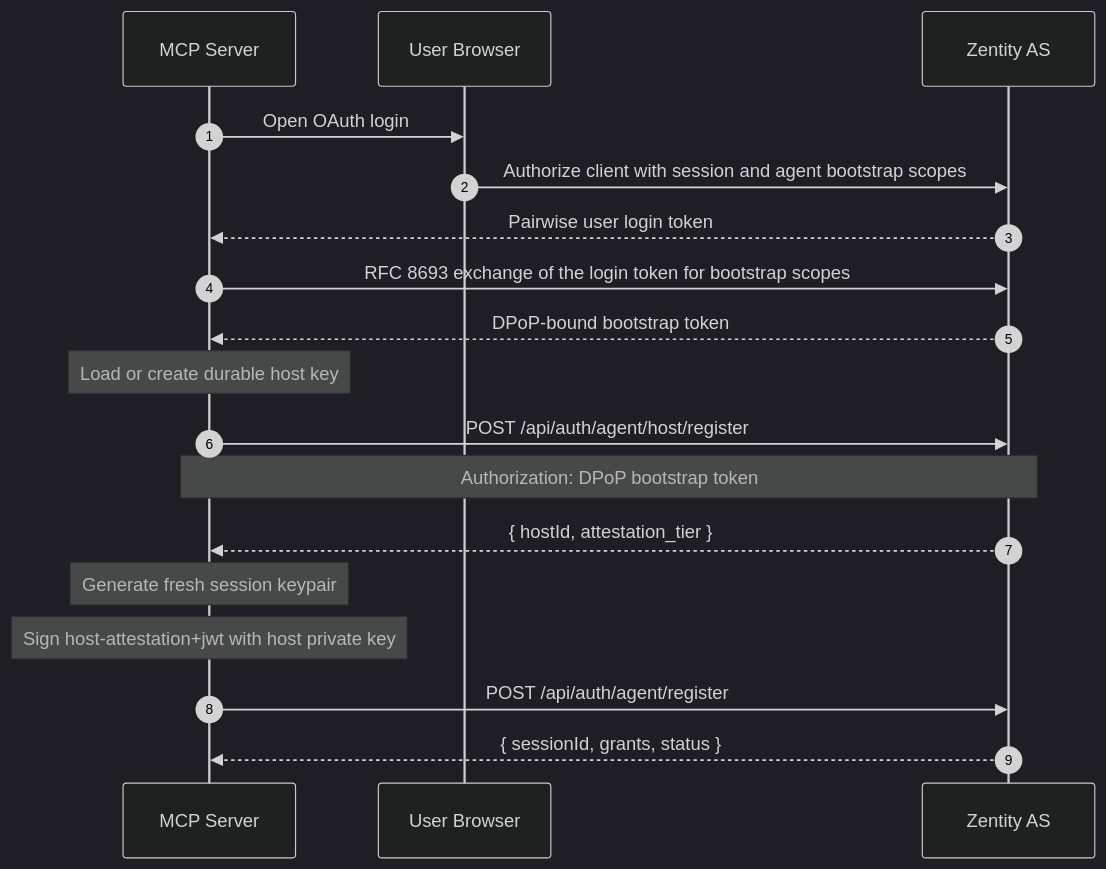
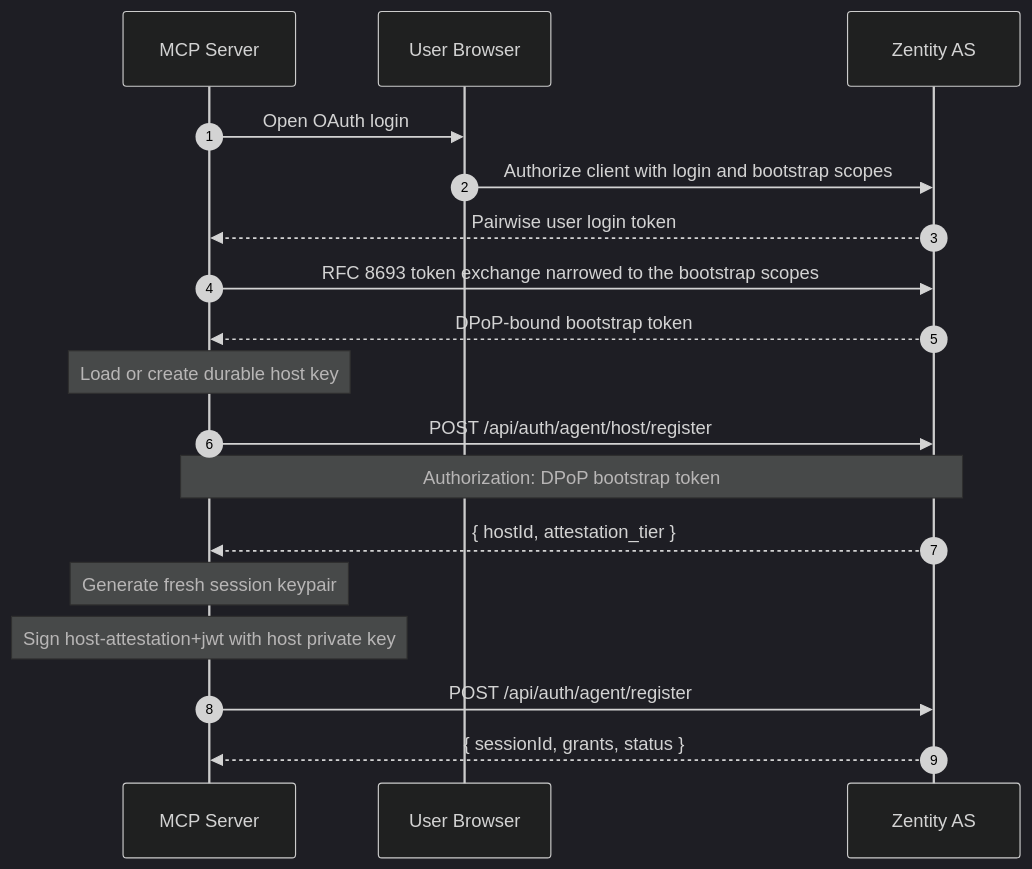
The second of 6 diagrams in docs/(architecture)/agent-architecture.md (gustavovalverde/zentity), drawn with Mermaid (dark theme) before and after one commit. The commit also changed other lines of this file and 98 other files, not shown here.

First line of the commit message:
feat(auth)!: make token exchange opaque and MCP HTTP confidential (#332)

````diff
--- a/docs/(architecture)/agent-architecture.md
+++ b/docs/(architecture)/agent-architecture.md
@@ -103,24 +103,24 @@
 ```mermaid
 sequenceDiagram
   autonumber
   participant MCP as MCP Server
   participant Browser as User Browser
   participant AS as Zentity AS
 
   MCP->>Browser: Open OAuth login
-  Browser->>AS: Authorize client with session and agent bootstrap scopes
+  Browser->>AS: Authorize client with login and bootstrap scopes
   AS-->>MCP: Pairwise user login token
 
-  MCP->>AS: RFC 8693 exchange of the login token for bootstrap scopes
+  MCP->>AS: RFC 8693 token exchange narrowed to the bootstrap scopes
   AS-->>MCP: DPoP-bound bootstrap token
 
   Note over MCP: Load or create durable host key
   MCP->>AS: POST /api/auth/agent/host/register
   Note over MCP,AS: Authorization: DPoP bootstrap token
   AS-->>MCP: { hostId, attestation_tier }
 
   Note over MCP: Generate fresh session keypair
   Note over MCP: Sign host-attestation+jwt with host private key
   MCP->>AS: POST /api/auth/agent/register
   AS-->>MCP: { sessionId, grants, status }
 ```
````
